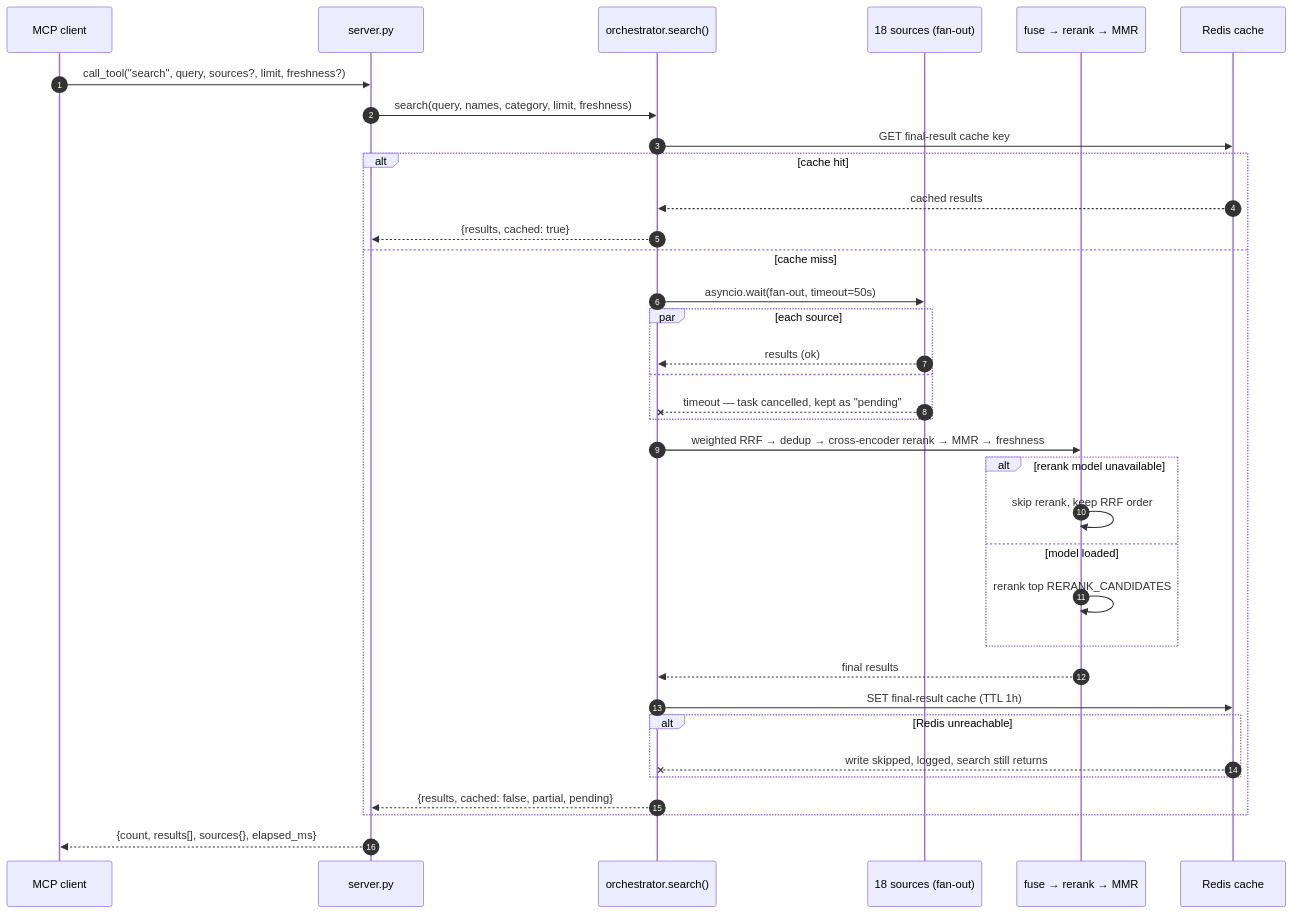
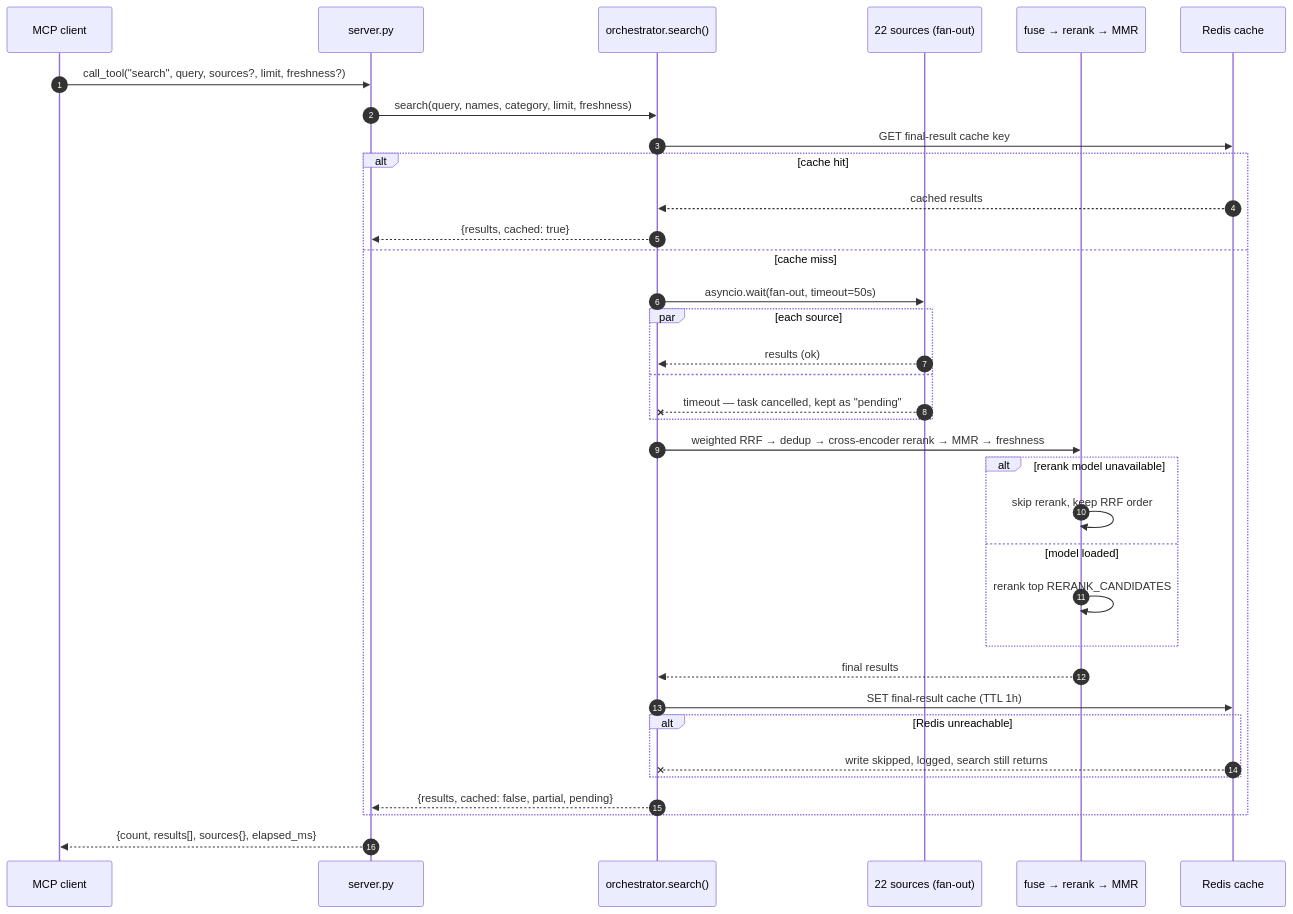
The second of 3 diagrams in README.md (kbjama8/search-gateway), drawn with Mermaid before and after one commit. The commit also changed other lines of this file and 47 other files, not shown here.

````diff
--- a/README.md
+++ b/README.md
@@ -109,38 +109,38 @@
 ```mermaid
 sequenceDiagram
     autonumber
     participant C as MCP client
     participant S as server.py
     participant O as orchestrator.search()
-    participant SRC as 18 sources (fan-out)
+    participant SRC as 22 sources (fan-out)
     participant P as fuse → rerank → MMR
     participant R as Redis cache
 
     C->>S: call_tool("search", query, sources?, limit, freshness?)
     S->>O: search(query, names, category, limit, freshness)
     O->>R: GET final-result cache key
     alt cache hit
         R-->>O: cached results
         O-->>S: {results, cached: true}
     else cache miss
         O->>SRC: asyncio.wait(fan-out, timeout=50s)
         par each source
             SRC-->>O: results (ok)
         and
             SRC--xO: timeout — task cancelled, kept as "pending"
         end
         O->>P: weighted RRF → dedup → cross-encoder rerank → MMR → freshness
         alt rerank model unavailable
             P->>P: skip rerank, keep RRF order
         else model loaded
             P->>P: rerank top RERANK_CANDIDATES
         end
         P-->>O: final results
         O->>R: SET final-result cache (TTL 1h)
         alt Redis unreachable
             R--xO: write skipped, logged, search still returns
         end
         O-->>S: {results, cached: false, partial, pending}
     end
     S-->>C: {count, results[], sources{}, elapsed_ms}
 ```
````
